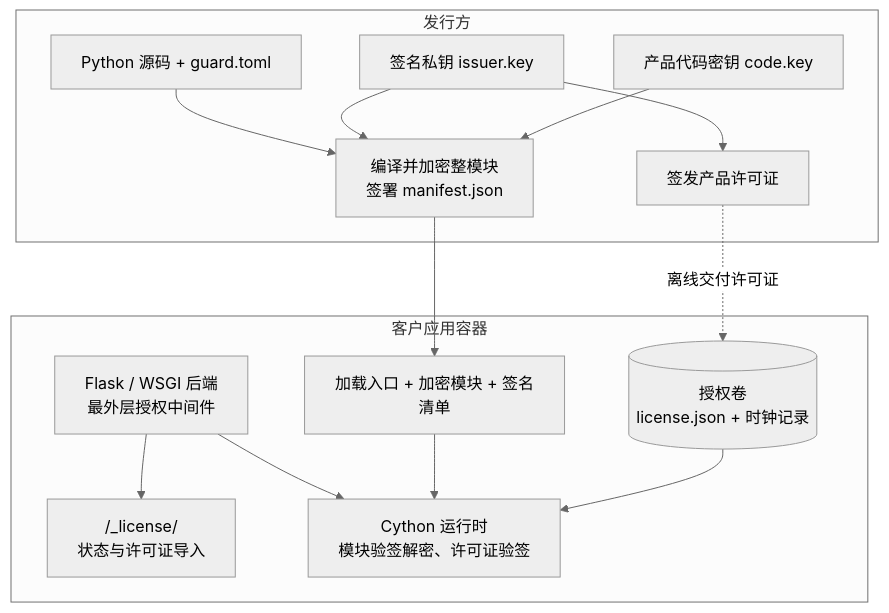
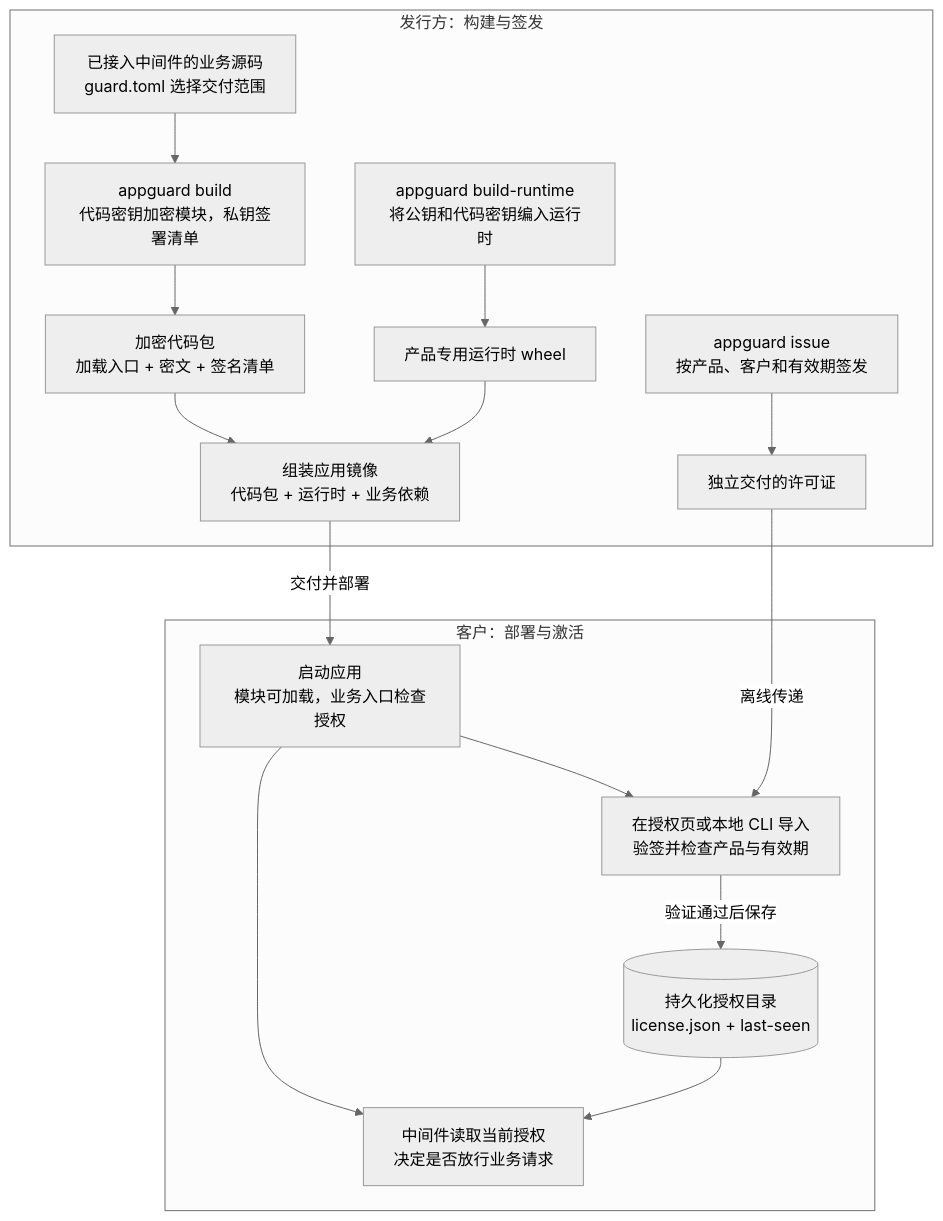
The first of 2 diagrams in README.md (baiyang/AppGuard), drawn with Mermaid (neutral theme) before and after one commit. The commit also changed other lines of this file and 10 other files, not shown here.

Commit message:
feat: add FastAPI licensing middleware and clarify architecture

````diff
--- a/README.md
+++ b/README.md
@@ -65,27 +80,28 @@
 ```mermaid
 flowchart TB
-    subgraph publisher["发行方"]
-        source["Python 源码 + guard.toml"]
-        issuer["签名私钥 issuer.key"]
-        code_key["产品代码密钥 code.key"]
-        build["编译并加密整模块<br/>签署 manifest.json"]
-        issue["签发产品许可证"]
-        source --> build
-        issuer --> build
-        code_key --> build
-        issuer --> issue
+    subgraph publisher["发行方：构建与签发"]
+        source["已接入中间件的业务源码<br/>guard.toml 选择交付范围"]
+        build["appguard build<br/>代码密钥加密模块，私钥签署清单"]
+        bundle["加密代码包<br/>加载入口 + 密文 + 签名清单"]
+        compile_runtime["appguard build-runtime<br/>将公钥和代码密钥编入运行时"]
+        wheel["产品专用运行时 wheel"]
+        image["组装应用镜像<br/>代码包 + 运行时 + 业务依赖"]
+        issue["appguard issue<br/>按产品、客户和有效期签发"]
+        issued["独立交付的许可证"]
+        source --> build --> bundle --> image
+        compile_runtime --> wheel --> image
+        issue --> issued
     end
-    subgraph customer["客户应用容器"]
-        web["Flask / WSGI 后端<br/>最外层授权中间件"]
-        portal["/_license/<br/>状态与许可证导入"]
-        runtime["Cython 运行时<br/>模块验签解密、许可证验签"]
-        bundle["加载入口 + 加密模块 + 签名清单"]
-        license[("授权卷<br/>license.json + 时钟记录")]
-        web --> runtime
-        web --> portal
-        bundle --> runtime
-        license --> runtime
+    subgraph customer["客户：部署与激活"]
+        app["启动应用<br/>模块可加载，业务入口检查授权"]
+        activate["在授权页或本地 CLI 导入<br/>验签并检查产品与有效期"]
+        store[("持久化授权目录<br/>license.json + last-seen")]
+        check["中间件读取当前授权<br/>决定是否放行业务请求"]
+        app --> activate
+        activate -->|"验证通过后保存"| store
+        app --> check
+        store --> check
     end
-    build --> bundle
-    issue -.->|"离线交付许可证"| license
+    image -->|"交付并部署"| app
+    issued -->|"离线传递"| activate
 ```
````
